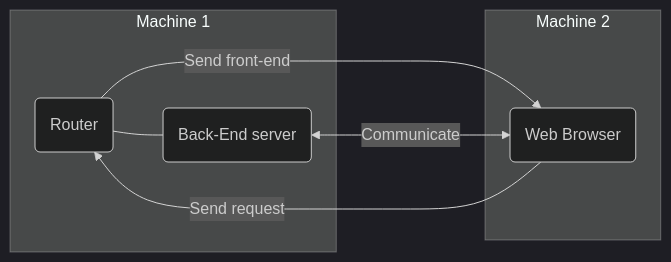
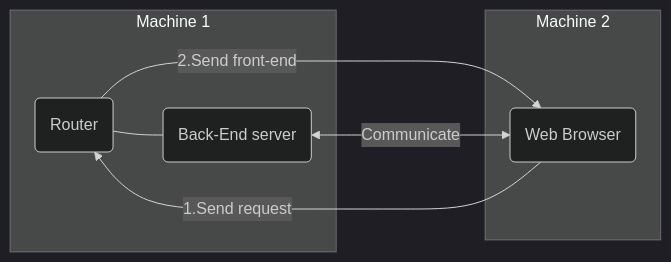
The diagram in README.md (vavarm/Nuit_De_L_Info-Les_Bases), drawn with Mermaid (dark theme) before and after one commit.

````diff
--- a/README.md
+++ b/README.md
@@ -14,12 +14,12 @@
 ```mermaid
 flowchart LR;
     subgraph Machine 1
     A(Router)---C(Back-End server)
     end
     subgraph Machine 2
     B(Web Browser)
     end
-    A(Router)--Send front-end-->B(Web Browser);
-    B(Web Browser)--Send request-->A(Router);
+    B(Web Browser)--1.Send request-->A(Router);
+    A(Router)--2.Send front-end-->B(Web Browser);
     C(Back-End server)<--Communicate-->B(Web Browser);
 ```
````
